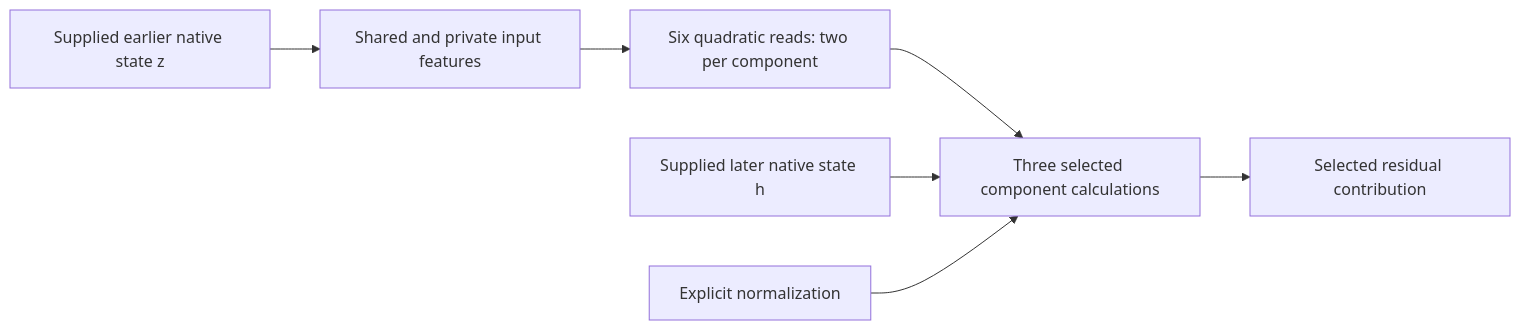
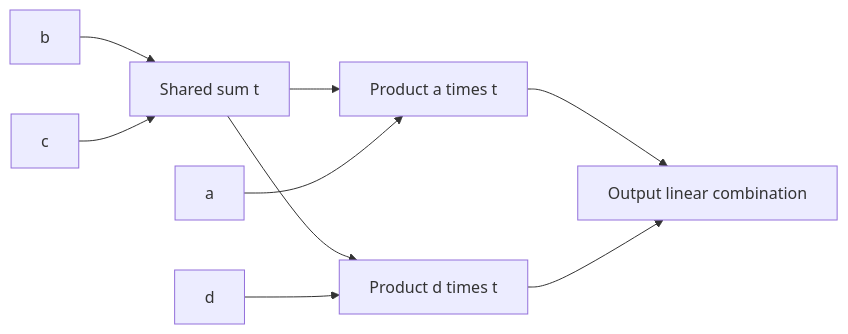
Before and after one commit to loganriggs/tensor_language: the second of 2 diagrams in basis_aligned/polynomial_causal/explanations/for_logan/research_update_2026-09-21_0104_full_coverage_and_shared_baselines.md, drawn with Mermaid. The commit also changed other lines of this file and 2 other files, not shown here.

Commit message:
Rewrite overall decomposition review around the two-stage research plan

````diff
--- a/basis_aligned/polynomial_causal/explanations/for_logan/research_update_2026-09-21_0104_full_coverage_and_shared_baselines.md
+++ b/basis_aligned/polynomial_causal/explanations/for_logan/research_update_2026-09-21_0104_full_coverage_and_shared_baselines.md
@@ -122,9 +100,11 @@
 ```mermaid
 flowchart LR
-    Z[Supplied earlier native state z] --> P[Shared and private input features]
-    P --> R[Six quadratic reads: two per component]
-    R --> C[Three selected component calculations]
-    H[Supplied later native state h] --> C
-    N[Explicit normalization] --> C
-    C --> O[Selected residual contribution]
+    B[b] --> T[Shared sum t]
+    C[c] --> T
+    T --> P[Product a times t]
+    A[a] --> P
+    T --> Q[Product d times t]
+    D[d] --> Q
+    P --> Y[Output linear combination]
+    Q --> Y
 ```
````
